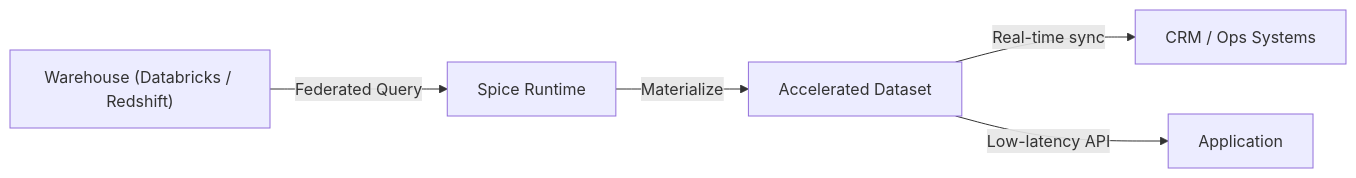
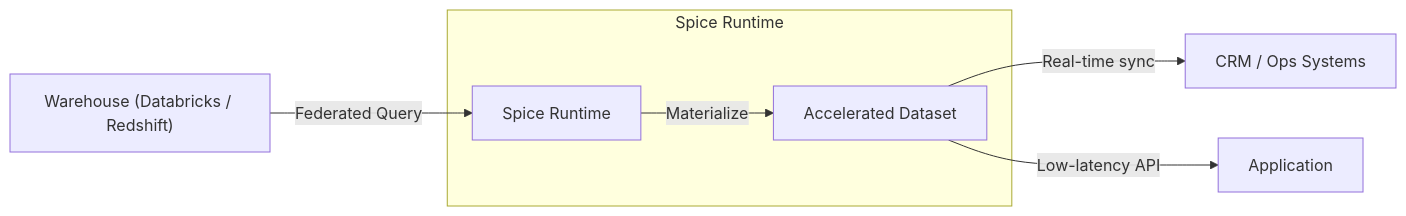
One commit to spiceai/docs changed the diagram in website/docs/use-cases/data/reverse-etl/index.md. Above: the diagram before and after it, drawn with Mermaid. The commit also changed 1 other file, not shown here.

Commit message:
Move acceleration nodes inside runtime in Mermaid diagrams

````diff
--- a/website/docs/use-cases/data/reverse-etl/index.md
+++ b/website/docs/use-cases/data/reverse-etl/index.md
@@ -12,7 +12,12 @@
 ```mermaid
 flowchart LR
-    DW["Warehouse (Databricks / Redshift)"] -->|"Federated Query"| Spice["Spice Runtime"]
-    Spice -->|"Materialize"| Acc["Accelerated Dataset"]
+    subgraph Runtime["Spice Runtime"]
+        Spice["Spice Runtime"]
+        Acc["Accelerated Dataset"]
+        Spice -->|"Materialize"| Acc
+    end
+
+    DW["Warehouse (Databricks / Redshift)"] -->|"Federated Query"| Spice
     Acc -->|"Real-time sync"| CRM["CRM / Ops Systems"]
     Acc -->|"Low-latency API"| App["Application"]
 ```
````
